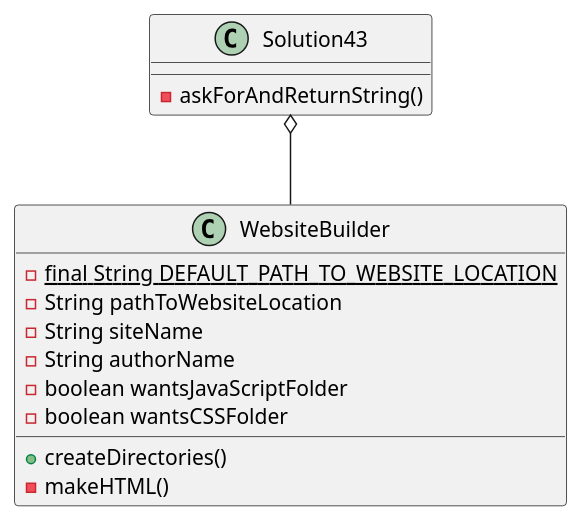
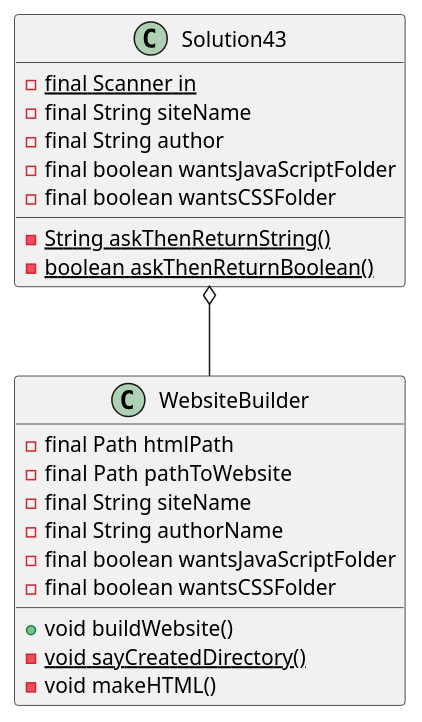
One commit to RadoMiami-UCF/guthre-a04 changed the diagram in exercise43/docs/exercise43diagram.puml. Above: the diagram before and after it, drawn with PlantUML. The commit also changed 3 other files, not shown here.

```diff
--- a/exercise43/docs/exercise43diagram.puml
+++ b/exercise43/docs/exercise43diagram.puml
@@ -1,18 +1,25 @@
 @startuml
 Solution43 o-- WebsiteBuilder
 
 class Solution43 {
--askForAndReturnString()
+-{static} final Scanner in
+-final String siteName
+-final String author
+-final boolean wantsJavaScriptFolder
+-final boolean wantsCSSFolder
+-{static} String askThenReturnString()
+-{static} boolean askThenReturnBoolean()
 }
 
 class WebsiteBuilder {
--{static}final String DEFAULT_PATH_TO_WEBSITE_LOCATION
--String pathToWebsiteLocation
--String siteName
--String authorName
--boolean wantsJavaScriptFolder
--boolean wantsCSSFolder
-+createDirectories()
--makeHTML()
+-final Path htmlPath
+-final Path pathToWebsite
+-final String siteName
+-final String authorName
+-final boolean wantsJavaScriptFolder
+-final boolean wantsCSSFolder
++void buildWebsite()
+-{static}void sayCreatedDirectory()
+-void makeHTML()
 }
 @enduml
```
